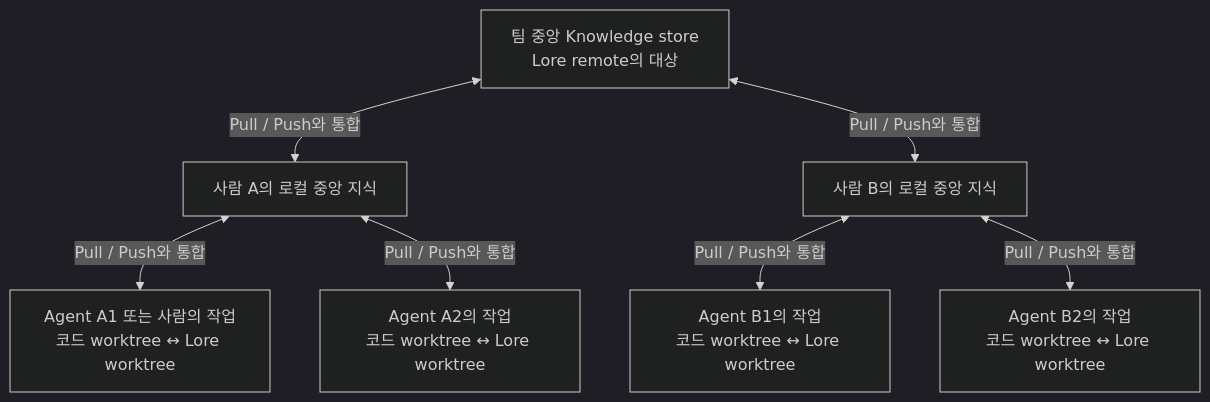
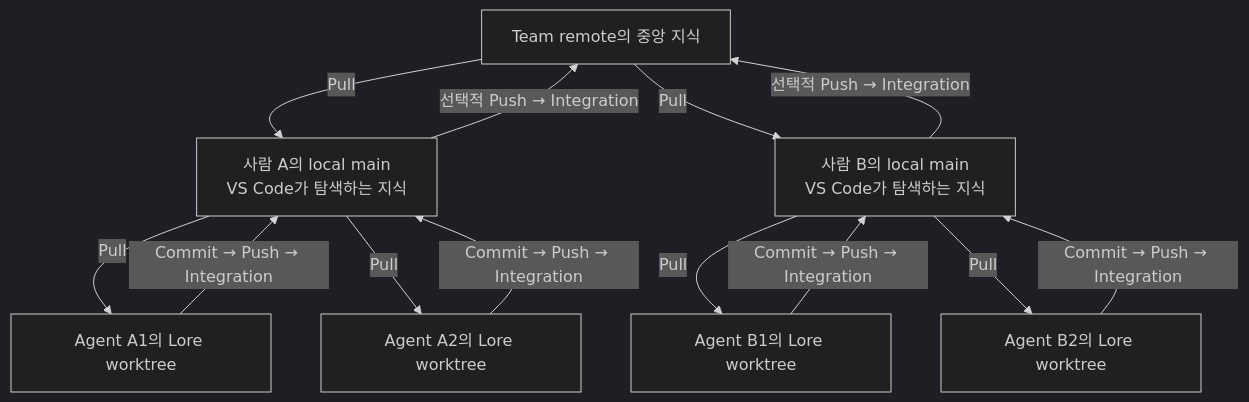
The first of 2 diagrams in docs/design.md (sukyoungjeong-furiosa/lore), drawn with Mermaid (dark theme) before and after one commit. The commit also changed other lines of this file and 1 other file, not shown here.

Commit message:
Clarify symmetric knowledge collaboration and sharing boundaries

````diff
--- a/docs/design.md
+++ b/docs/design.md
@@ -158,16 +19,22 @@
 ```mermaid
 flowchart TD
-    T["팀 중앙 Knowledge store<br/>Lore remote의 대상"]
-    A["사람 A의 로컬 중앙 지식"]
-    B["사람 B의 로컬 중앙 지식"]
-    A1["Agent A1 또는 사람의 작업<br/>코드 worktree ↔ Lore worktree"]
-    A2["Agent A2의 작업<br/>코드 worktree ↔ Lore worktree"]
-    B1["Agent B1의 작업<br/>코드 worktree ↔ Lore worktree"]
-    B2["Agent B2의 작업<br/>코드 worktree ↔ Lore worktree"]
-    T <-->|"Pull / Push와 통합"| A
-    T <-->|"Pull / Push와 통합"| B
-    A <-->|"Pull / Push와 통합"| A1
-    A <-->|"Pull / Push와 통합"| A2
-    B <-->|"Pull / Push와 통합"| B1
-    B <-->|"Pull / Push와 통합"| B2
+    T["Team remote의 중앙 지식"]
+    A["사람 A의 local main<br/>VS Code가 탐색하는 지식"]
+    B["사람 B의 local main<br/>VS Code가 탐색하는 지식"]
+    A1["Agent A1의 Lore worktree"]
+    A2["Agent A2의 Lore worktree"]
+    B1["Agent B1의 Lore worktree"]
+    B2["Agent B2의 Lore worktree"]
+    A1 -->|"Commit → Push → Integration"| A
+    A2 -->|"Commit → Push → Integration"| A
+    B1 -->|"Commit → Push → Integration"| B
+    B2 -->|"Commit → Push → Integration"| B
+    A -->|"선택적 Push → Integration"| T
+    B -->|"선택적 Push → Integration"| T
+    T -->|"Pull"| A
+    T -->|"Pull"| B
+    A -->|"Pull"| A1
+    A -->|"Pull"| A2
+    B -->|"Pull"| B1
+    B -->|"Pull"| B2
 ```
````
